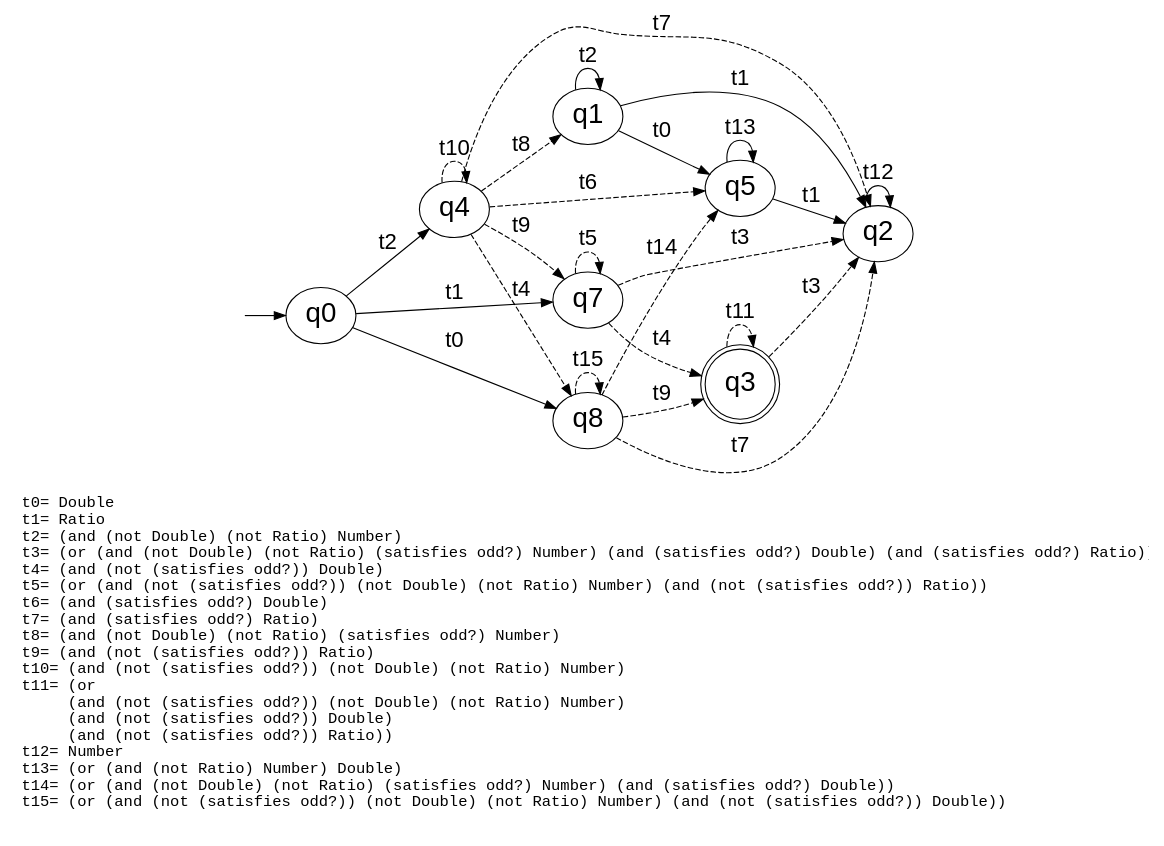
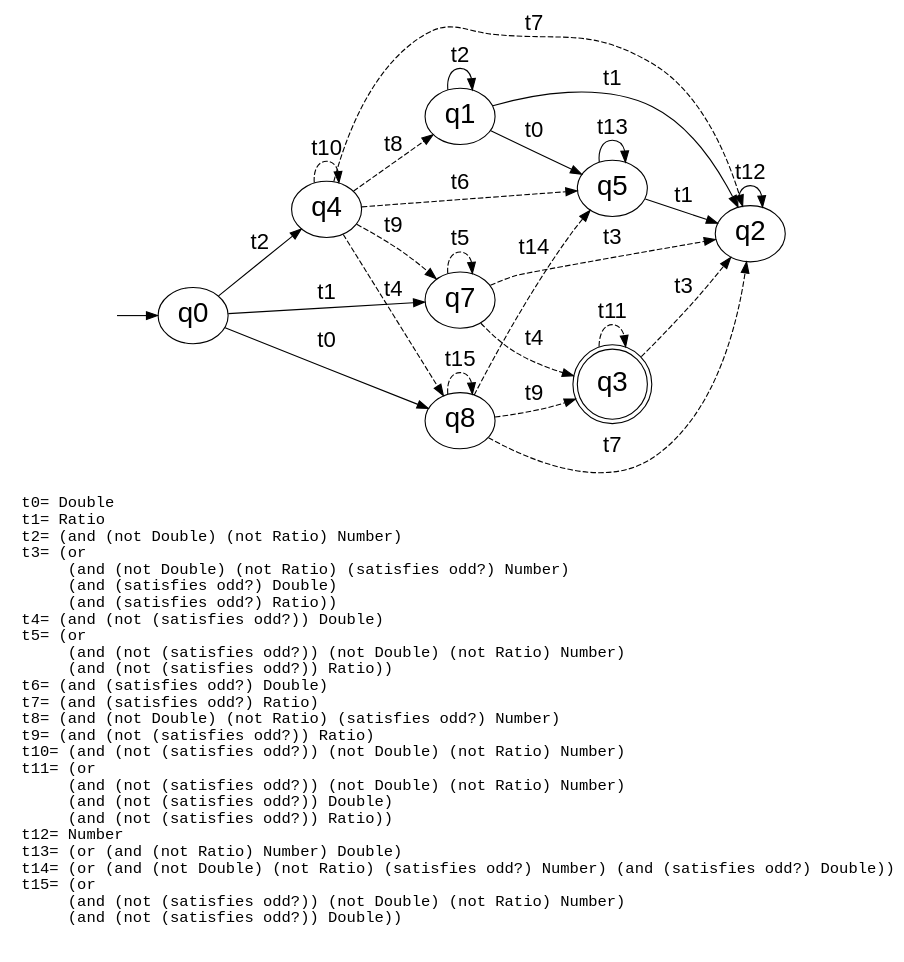
One commit to jimka2001/clojure-rte changed the diagram in doc/reClojure.2025/reclojure.2025.dot/rte-and-not.dot. Above: the diagram before and after it, drawn with Graphviz. The commit also changed 3 other files, not shown here.

```diff
--- a/doc/reClojure.2025/reclojure.2025.dot/rte-and-not.dot
+++ b/doc/reClojure.2025/reclojure.2025.dot/rte-and-not.dot
@@ -1,36 +1,36 @@
 digraph G {
 // rte and-not
   rankdir=LR;
   fontname=courier;
-  label="\lt0= Double\lt1= Ratio\lt2= (and (not Double) (not Ratio) Number)\lt3= (or (and (not Double) (not Ratio) (satisfies odd?) Number) (and (satisfies odd?) Double) (and (satisfies odd?) Ratio))\lt4= (and (not (satisfies odd?)) Double)\lt5= (or (and (not (satisfies odd?)) (not Double) (not Ratio) Number) (and (not (satisfies odd?)) Ratio))\lt6= (and (satisfies odd?) Double)\lt7= (and (satisfies odd?) Ratio)\lt8= (and (not Double) (not Ratio) (satisfies odd?) Number)\lt9= (and (not (satisfies odd?)) Ratio)\lt10= (and (not (satisfies odd?)) (not Double) (not Ratio) Number)\lt11= (or\l      (and (not (satisfies odd?)) (not Double) (not Ratio) Number)\l      (and (not (satisfies odd?)) Double)\l      (and (not (satisfies odd?)) Ratio))\lt12= Number\lt13= (or (and (not Ratio) Number) Double)\lt14= (or (and (not Double) (not Ratio) (satisfies odd?) Number) (and (satisfies odd?) Double))\lt15= (or (and (not (satisfies odd?)) (not Double) (not Ratio) Number) (and (not (satisfies odd?)) Double))\l\l"
+  label="\lt0= Double\lt1= Ratio\lt2= (and (not Double) (not Ratio) Number)\lt3= (or\l      (and (not Double) (not Ratio) (satisfies odd?) Number)\l      (and (satisfies odd?) Double)\l      (and (satisfies odd?) Ratio))\lt4= (and (not (satisfies odd?)) Double)\lt5= (or\l      (and (not (satisfies odd?)) (not Double) (not Ratio) Number)\l      (and (not (satisfies odd?)) Ratio))\lt6= (and (satisfies odd?) Double)\lt7= (and (satisfies odd?) Ratio)\lt8= (and (not Double) (not Ratio) (satisfies odd?) Number)\lt9= (and (not (satisfies odd?)) Ratio)\lt10= (and (not (satisfies odd?)) (not Double) (not Ratio) Number)\lt11= (or\l      (and (not (satisfies odd?)) (not Double) (not Ratio) Number)\l      (and (not (satisfies odd?)) Double)\l      (and (not (satisfies odd?)) Ratio))\lt12= Number\lt13= (or (and (not Ratio) Number) Double)\lt14= (or (and (not Double) (not Ratio) (satisfies odd?) Number) (and (satisfies odd?) Double))\lt15= (or\l      (and (not (satisfies odd?)) (not Double) (not Ratio) Number)\l      (and (not (satisfies odd?)) Double))\l\l"
   graph [labeljust=l,nojustify=true];
   node [fontname=Arial, fontsize=25];
   edge [fontname=Helvetica, fontsize=20];
    H0 [label="", style=invis, width=0]
    H0 -> q0;
    q0 -> q8 [label="t0"];
    q0 -> q7 [label="t1"];
    q0 -> q4 [label="t2"];
    q7 -> q2 [label="t3",style=dashed];
    q7 -> q3 [label="t4",style=dashed];
    q7 -> q7 [label="t5",style=dashed];
    q1 -> q5 [label="t0"];
    q1 -> q2 [label="t1"];
    q1 -> q1 [label="t2"];
    q4 -> q5 [label="t6",style=dashed];
    q4 -> q8 [label="t4",style=dashed];
    q4 -> q2 [label="t7",style=dashed];
    q4 -> q1 [label="t8",style=dashed];
    q4 -> q7 [label="t9",style=dashed];
    q4 -> q4 [label="t10",style=dashed];
    q3 [shape=doublecircle] ;
    q3 -> q2 [label="t3",style=dashed];
    q3 -> q3 [label="t11",style=dashed];
    q2 -> q2 [label="t12"];
    q5 -> q5 [label="t13"];
    q5 -> q2 [label="t1"];
    q8 -> q5 [label="t14",style=dashed];
    q8 -> q8 [label="t15",style=dashed];
    q8 -> q2 [label="t7",style=dashed];
    q8 -> q3 [label="t9",style=dashed];
 }
```
